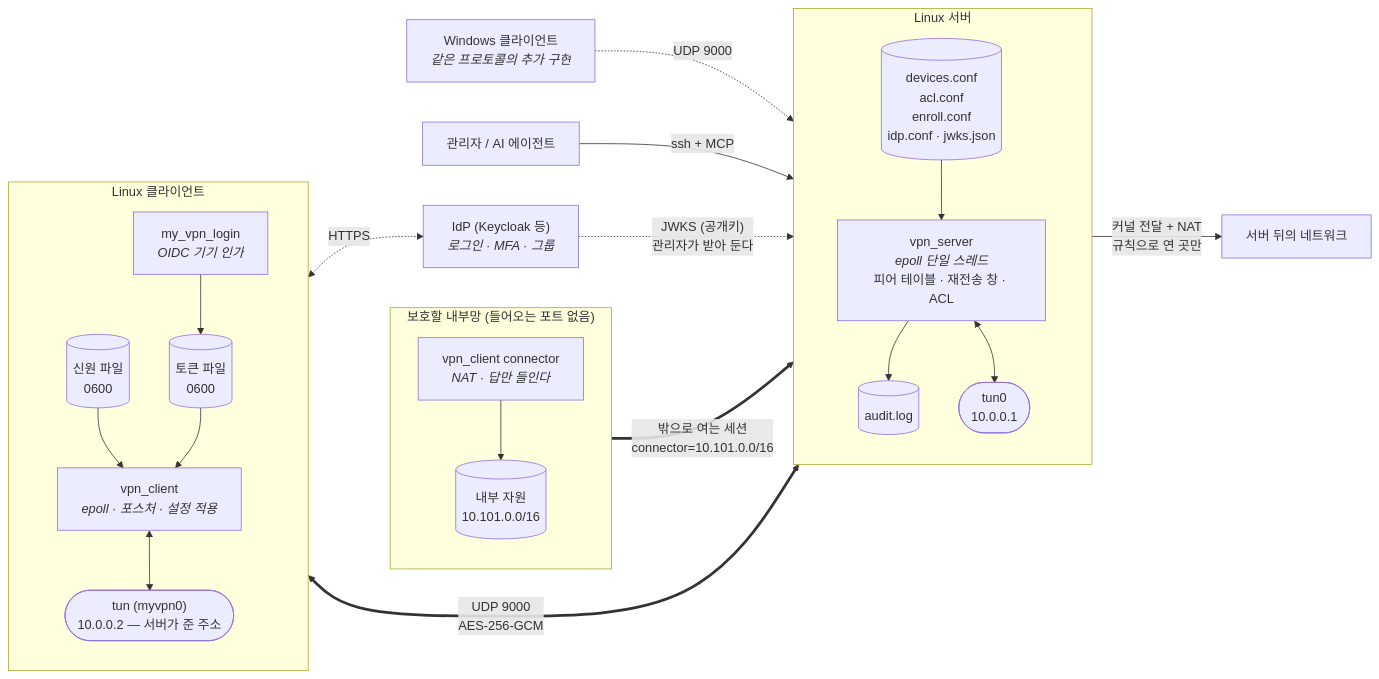
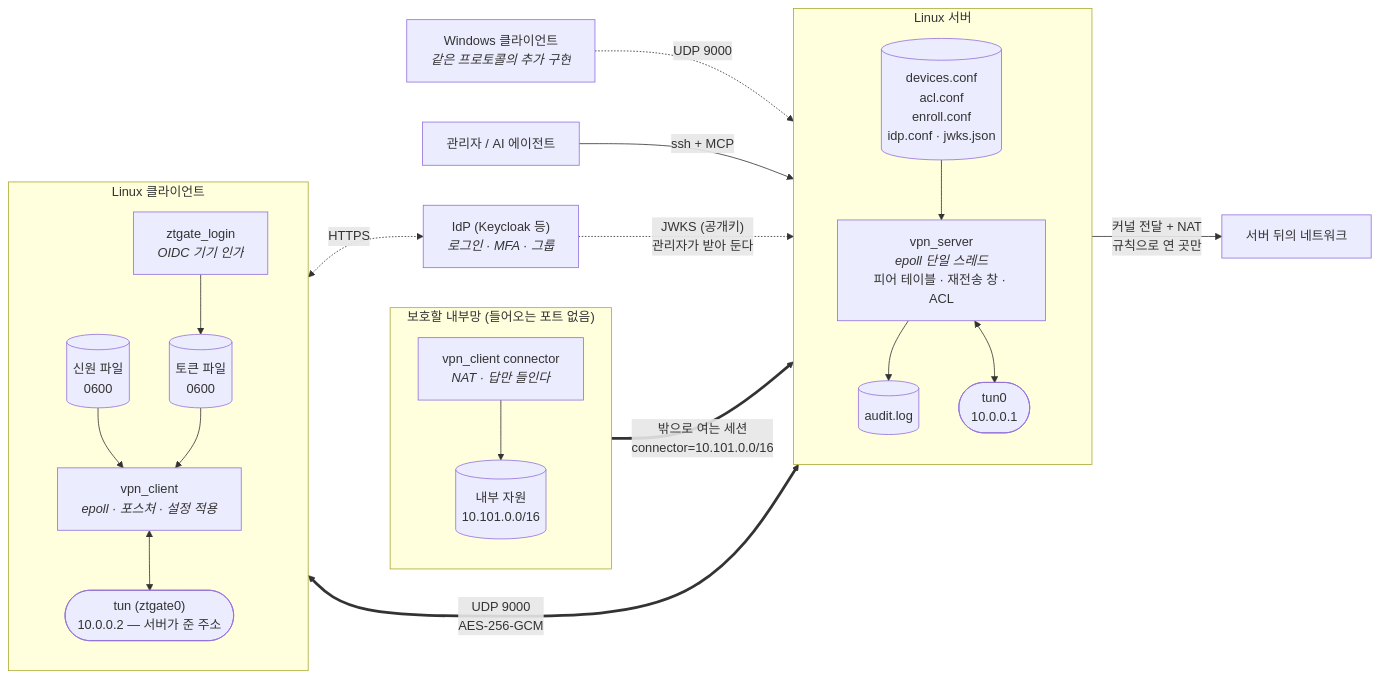
Before and after one commit to k1msatgat/my_vpn: the first of 3 diagrams in README.md, drawn with Mermaid. The commit also changed other lines of this file and 1 other file, not shown here.

First line of the commit message:
문서: README 와 CHANGELOG 를 ztgate, 0.6.0 으로

````diff
--- a/README.md
+++ b/README.md
@@ -39,46 +39,46 @@
 ```mermaid
 flowchart LR
     subgraph CLI["Linux 클라이언트"]
         direction TB
         VC["vpn_client<br/><i>epoll · 포스처 · 설정 적용</i>"]
-        CT(["tun (myvpn0)<br/>10.0.0.2 — 서버가 준 주소"])
+        CT(["tun (ztgate0)<br/>10.0.0.2 — 서버가 준 주소"])
         ID[("신원 파일<br/>0600")]
-        LG["my_vpn_login<br/><i>OIDC 기기 인가</i>"]
+        LG["ztgate_login<br/><i>OIDC 기기 인가</i>"]
         TK[("토큰 파일<br/>0600")]
         ID --> VC
         LG --> TK --> VC
         VC <--> CT
     end
 
     subgraph SRV["Linux 서버"]
         direction TB
         VS["vpn_server<br/><i>epoll 단일 스레드</i><br/>피어 테이블 · 재전송 창 · ACL"]
         TUN(["tun0<br/>10.0.0.1"])
         CONF[("devices.conf<br/>acl.conf<br/>enroll.conf<br/>idp.conf · jwks.json")]
         AUD[("audit.log")]
         CONF --> VS
         VS --> AUD
         VS <--> TUN
     end
 
     subgraph LAN["보호할 내부망 (들어오는 포트 없음)"]
         direction TB
         CN["vpn_client connector<br/><i>NAT · 답만 들인다</i>"]
         RES[("내부 자원<br/>10.101.0.0/16")]
         CN --> RES
     end
 
     WIN["Windows 클라이언트<br/><i>같은 프로토콜의 추가 구현</i>"]
     NET["서버 뒤의 네트워크"]
     ADMIN["관리자 / AI 에이전트"]
 
     VC <==>|"UDP 9000<br/>AES-256-GCM"| VS
     WIN -.->|"UDP 9000"| VS
     CN ==>|"밖으로 여는 세션<br/>connector=10.101.0.0/16"| VS
     TUN -->|"커널 전달 + NAT<br/>규칙으로 연 곳만"| NET
     ADMIN -->|"ssh + MCP"| CONF
 
     IDP["IdP (Keycloak 등)<br/><i>로그인 · MFA · 그룹</i>"]
     LG <-.->|"HTTPS"| IDP
     IDP -.->|"JWKS (공개키)<br/>관리자가 받아 둔다"| CONF
 ```
````
